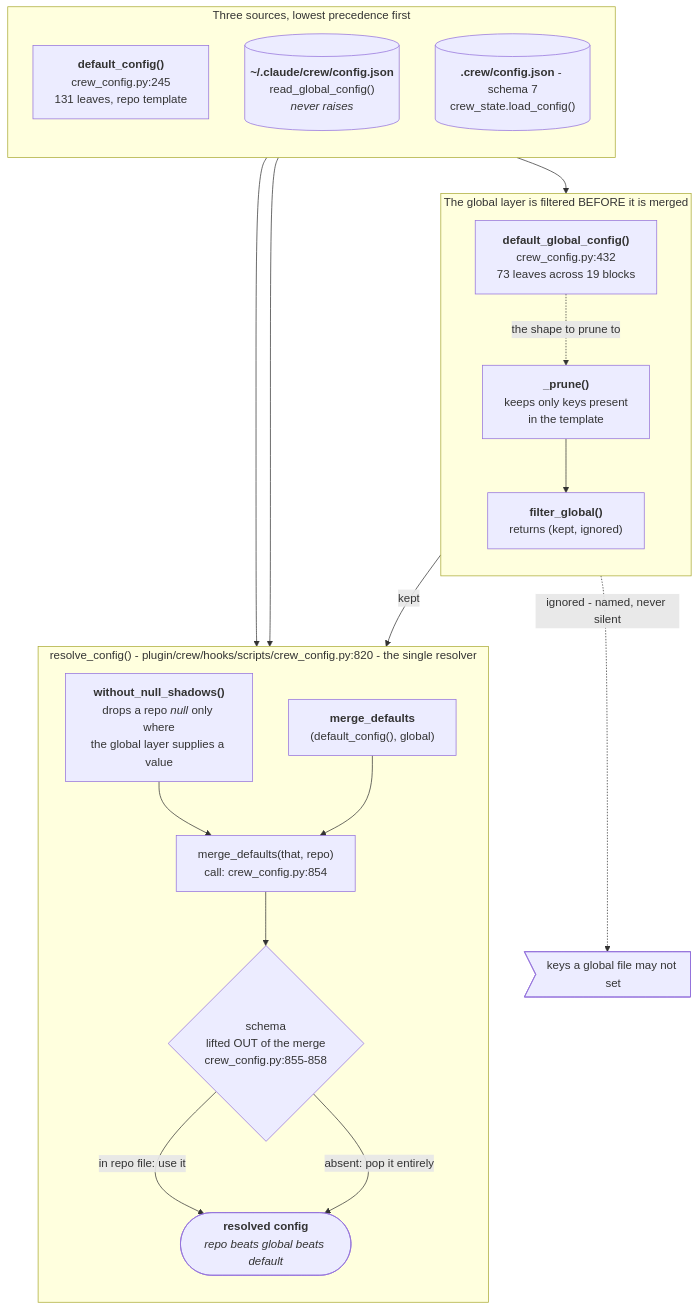
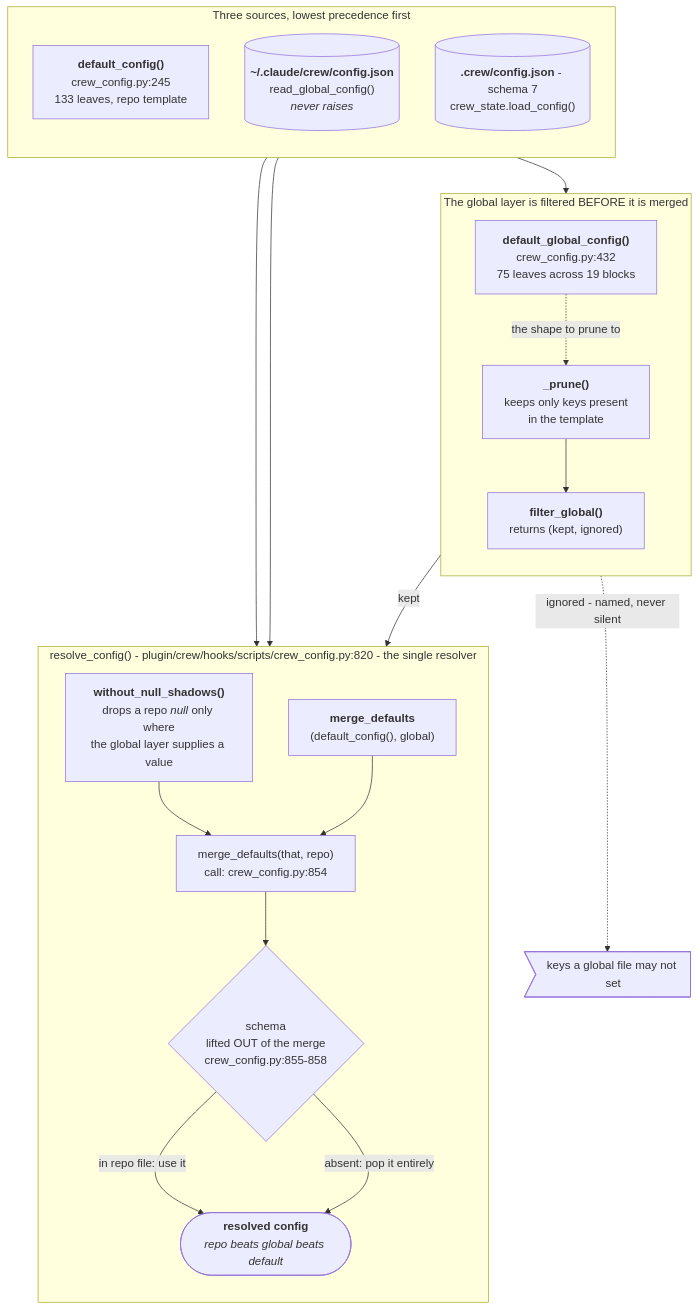
Before and after one commit to mbadali25/useful-claude-add-ons: the sixth of 36 diagrams in docs/diagrams/README.md, drawn with Mermaid. The commit also changed other lines of this file and 9 other files, not shown here.

First line of the commit message:
T-0066: counts re-measured on the merged tree (133 / 75 / 58), crew_config and crew_state cites re-pointed, since-claims to 1.0.333

````diff
--- a/docs/diagrams/README.md
+++ b/docs/diagrams/README.md
@@ -268,39 +268,39 @@
 ```mermaid
 flowchart TB
 
     subgraph Sources["Three sources, lowest precedence first"]
         direction TB
-        DEF["<b>default_config()</b><br/>crew_config.py:245<br/>131 leaves, repo template"]
+        DEF["<b>default_config()</b><br/>crew_config.py:245<br/>133 leaves, repo template"]
         GLB[("<b>~/.claude/crew/config.json</b><br/>read_global_config()<br/><i>never raises</i>")]
         REPO[("<b>.crew/config.json</b> - schema 7<br/>crew_state.load_config()")]
     end
 
     subgraph Gate["The global layer is filtered BEFORE it is merged"]
         direction TB
-        TMPL["<b>default_global_config()</b><br/>crew_config.py:432<br/>73 leaves across 19 blocks"]
+        TMPL["<b>default_global_config()</b><br/>crew_config.py:432<br/>75 leaves across 19 blocks"]
         PRUNE["<b>_prune()</b><br/>keeps only keys present<br/>in the template"]
         FILT["<b>filter_global()</b><br/>returns (kept, ignored)"]
     end
 
     subgraph Merge["resolve_config() - plugin/crew/hooks/scripts/crew_config.py:820 - the single resolver"]
         direction TB
         NULLS["<b>without_null_shadows()</b><br/>drops a repo <i>null</i> only where<br/>the global layer supplies a value"]
         M1["<b>merge_defaults</b><br/>(default_config(), global)"]
         M2["merge_defaults(that, repo)<br/>call: crew_config.py:854"]
         SCHEMA{"schema<br/>lifted OUT of the merge<br/>crew_config.py:855-858"}
         OUT(["<b>resolved config</b><br/><i>repo beats global beats default</i>"])
     end
 
     DEF --> M1
     GLB --> FILT
     TMPL -.->|"the shape to prune to"| PRUNE
     PRUNE --> FILT
     FILT -->|kept| M1
     FILT -.->|"ignored - named, never silent"| IGN>"keys a global file may not set"]
     REPO --> NULLS
     NULLS --> M2
     M1 --> M2
     M2 --> SCHEMA
     SCHEMA -->|"in repo file: use it"| OUT
     SCHEMA -->|"absent: pop it entirely"| OUT
 ```
````
